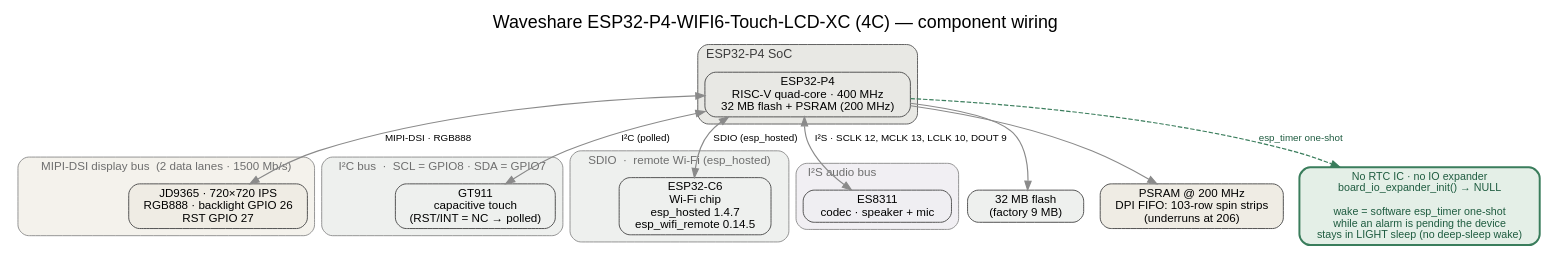
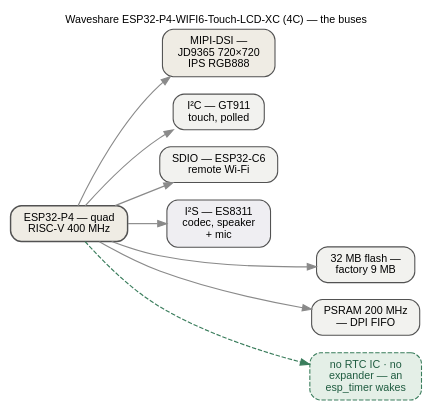
Before and after one commit to ukos-git/moon-clock-esp: the diagram in docs/_graphs/p4-wiring.dot, drawn with Graphviz. The commit also changed 104 other files, not shown here.

```diff
--- a/docs/_graphs/p4-wiring.dot
+++ b/docs/_graphs/p4-wiring.dot
@@ -1,76 +1,44 @@
-digraph P4 {
-    label="Waveshare ESP32-P4-WIFI6-Touch-LCD-XC (4C) — component wiring";
-    labelloc="t";
-    fontname="Helvetica"; fontsize=20;
-    node [fontname="Helvetica", fontsize=13, style="rounded,filled",
-          shape=box, width=1.8, height=0.5,
-          fillcolor="#f2f2ef", color="#525252", penwidth=1.1];
-    edge [fontname="Helvetica", fontsize=11, color="#8a8a8a", penwidth=1.3];
+// The P4 4C as a black box — one sealed box per bus, the SoC on its
+// own. Pin numbers live in the detail sketches, never here:
+//   p4-wiring-bus.dot   DSI lanes, I2C pins, SDIO stack, I2S pins
+//   p4-wiring-wake.dot  the wake story: no RTC IC, no IO expander
+//                       (board_io_expander_init() -> NULL), the
+//                       esp_timer one-shot, the light-sleep rule
+//                       while an alarm is pending
+// PSRAM note kept for provenance: 200 MHz; the DPI FIFO wants 103-row
+// spin strips (underruns at 206) — the spin retired 2026-11-13, the
+// number survives in implementation/display.rst history.
+// FONTS: 12 pt = the page's 16 px body text at 1:1 — kept inside the
+// content column.
+// Rendered inline as SVG by sphinx.ext.graphviz (dot on PATH).
+digraph p4_wiring {
+    rankdir=LR;
+    label="Waveshare ESP32-P4-WIFI6-Touch-LCD-XC (4C) — the buses";
+    labelloc="t"; labeljust="c";
+    fontname="Helvetica"; fontsize=12;
+    graph [nodesep=0.26, ranksep=0.5];
+    node [fontname="Helvetica", fontsize=12, shape=box, style="rounded,filled",
+          width=0, height=0, margin="0.16,0.10", fillcolor="#f2f2ef",
+          color="#525252", penwidth=1.2];
+    edge [fontname="Helvetica", fontsize=12, color="#8a8a8a", penwidth=1.3];
 
-    subgraph cluster_soc {
-        label="ESP32-P4 SoC";
-        labeljust="l";
-        style="rounded,filled";
-        fillcolor="#e8e8e4";
-        color="#525252";
-        fontsize=14; fontcolor="#3c3c3c";
-        p4 [label="ESP32-P4\nRISC-V quad-core · 400 MHz\n32 MB flash + PSRAM (200 MHz)", fillcolor="#e8e8e4"];
-    }
+    p4 [label="ESP32-P4 — quad\nRISC-V 400 MHz", fillcolor="#efece4", penwidth=1.6];
+    dsi [label="MIPI-DSI —\nJD9365 720×720\nIPS RGB888", fillcolor="#efece4"];
+    i2c [label="I²C — GT911\ntouch, polled"];
+    sdio [label="SDIO — ESP32-C6\nremote Wi-Fi"];
+    i2s [label="I²S — ES8311\ncodec, speaker\n+ mic", fillcolor="#efeef2"];
+    mem [label="32 MB flash —\nfactory 9 MB"];
+    psram [label="PSRAM 200 MHz\n— DPI FIFO"];
+    wake [label="no RTC IC · no\nexpander — an\nesp_timer wakes",
+          fillcolor="#e4efe7", color="#3a7d5c", fontcolor="#1f5c40",
+          style="rounded,filled,dashed"];
 
-    subgraph cluster_dsi {
-        label="MIPI-DSI display bus  (2 data lanes · 1500 Mb/s)";
-        labeljust="l";
-        style="rounded,filled";
-        fillcolor="#f4f2ec";
-        color="#8a8a8a";
-        fontsize=13; fontcolor="#6e6e6e";
-        jd9365 [label="JD9365 · 720×720 IPS\nRGB888 · backlight GPIO 26\nRST GPIO 27", fillcolor="#efece4"];
-    }
-
-    subgraph cluster_i2c {
-        label="I²C bus  ·  SCL = GPIO8 · SDA = GPIO7";
-        labeljust="l";
-        style="rounded,filled";
-        fillcolor="#eef0ee";
-        color="#8a8a8a";
-        fontsize=13; fontcolor="#6e6e6e";
-        gt911 [label="GT911\ncapacitive touch\n(RST/INT = NC → polled)", fillcolor="#eef0ee"];
-    }
-
-    subgraph cluster_sdio {
-        label="SDIO  ·  remote Wi-Fi (esp_hosted)";
-        labeljust="l";
-        style="rounded,filled";
-        fillcolor="#eef0ee";
-        color="#8a8a8a";
-        fontsize=13; fontcolor="#6e6e6e";
-        c6 [label="ESP32-C6\nWi-Fi chip\nesp_hosted 1.4.7\nesp_wifi_remote 0.14.5", fillcolor="#eef0ee"];
-    }
-
-    subgraph cluster_i2s {
-        label="I²S audio bus";
-        labeljust="l";
-        style="rounded,filled";
-        fillcolor="#f1eff3";
-        color="#8a8a8a";
-        fontsize=13; fontcolor="#6e6e6e";
-        es8311 [label="ES8311\ncodec · speaker + mic", fillcolor="#efeef2"];
-    }
-
-    flash [label="32 MB flash\n(factory 9 MB)", fillcolor="#eef0ee"];
-    psram [label="PSRAM @ 200 MHz\nDPI FIFO: 103-row spin strips\n(underruns at 206)", fillcolor="#efece4"];
-
-    /* the wake-up story on the P4: no hardware RTC wake at all */
-    sw_wake [label="No RTC IC · no IO expander\nboard_io_expander_init() → NULL\n\nwake = software esp_timer one-shot\nwhile an alarm is pending the device\nstays in LIGHT sleep (no deep-sleep wake)",
-              fillcolor="#e4efe7", color="#3a7d5c", penwidth=2.2,
-              fontcolor="#1f5c40", fontsize=12];
-
-    p4  -> flash   [label=""];
-    p4  -> psram   [label=""];
-    p4  -> jd9365  [label="MIPI-DSI · RGB888", dir=both];
-    p4  -> gt911   [label="I²C (polled)", dir=both];
-    p4  -> c6      [label="SDIO (esp_hosted)", dir=both];
-    p4  -> es8311  [label="I²S · SCLK 12, MCLK 13, LCLK 10, DOUT 9", dir=both];
-
-    p4 -> sw_wake [label="esp_timer one-shot", style=dashed, color="#3a7d5c", fontcolor="#1f5c40"];
+    p4 -> dsi;
+    p4 -> i2c;
+    p4 -> sdio;
+    p4 -> i2s;
+    p4 -> mem;
+    p4 -> psram;
+    p4 -> wake [color="#3a7d5c", style=dashed];
+    { rank=sink; mem; psram; wake; }
 }
```
